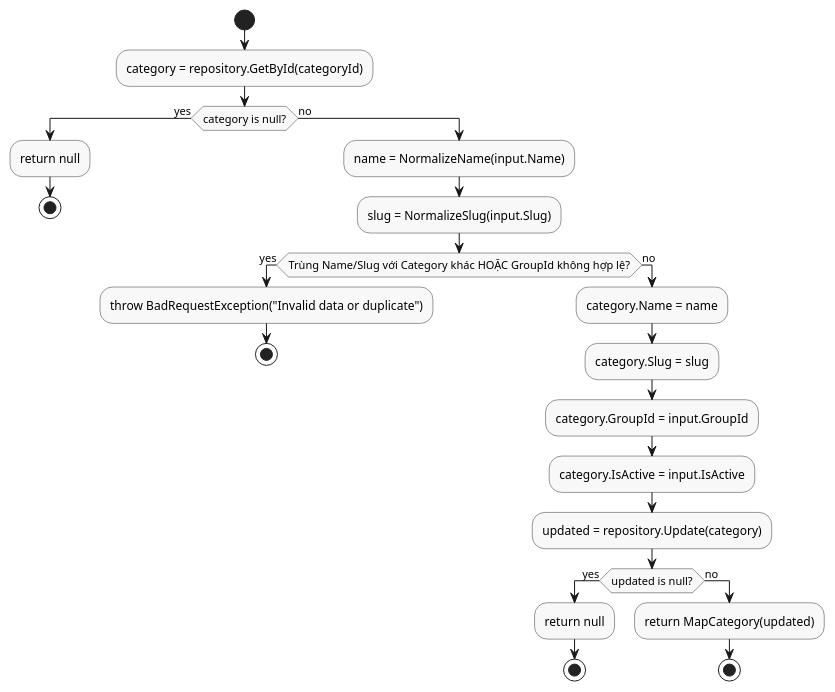
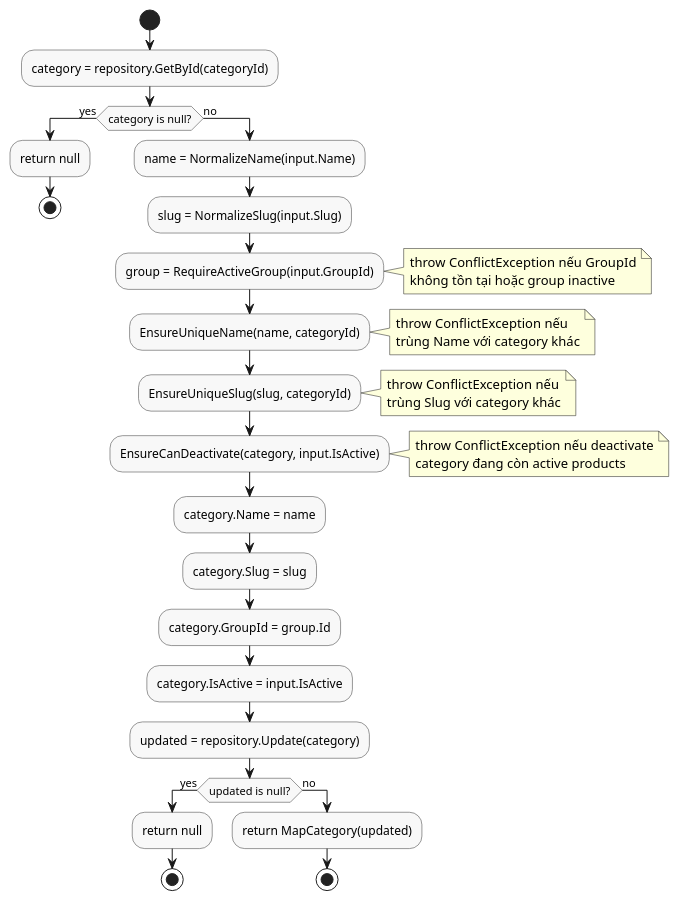
One commit to linhp7448-png/ShopdecorBee changed the diagram in HomeDecorShop/CFG/CategoryService_Update.puml. Above: the diagram before and after it, drawn with PlantUML.

Commit message:
Enhance category update logic with validations
Refactor CategoryService_Update to include validation for GroupId and ensure uniqueness of Name and Slug.

```diff
--- a/HomeDecorShop/CFG/CategoryService_Update.puml
+++ b/HomeDecorShop/CFG/CategoryService_Update.puml
@@ -1,35 +1,40 @@
 @startuml CategoryService_Update
 skinparam activity {
   BackgroundColor #F8F8F8
   BorderColor #333333
 }
-
 start
 :category = repository.GetById(categoryId);
 if (category is null?) then (yes)
   :return null;
   stop
 else (no)
   :name = NormalizeName(input.Name);
   :slug = NormalizeSlug(input.Slug);
-  
-  if (Trùng Name/Slug với Category khác HOẶC GroupId không hợp lệ?) then (yes)
-    :throw BadRequestException("Invalid data or duplicate");
+  :group = RequireActiveGroup(input.GroupId);
+  note right: throw ConflictException nếu GroupId\nkhông tồn tại hoặc group inactive
+
+  :EnsureUniqueName(name, categoryId);
+  note right: throw ConflictException nếu\ntrùng Name với category khác
+
+  :EnsureUniqueSlug(slug, categoryId);
+  note right: throw ConflictException nếu\ntrùng Slug với category khác
+
+  :EnsureCanDeactivate(category, input.IsActive);
+  note right: throw ConflictException nếu deactivate\ncategory đang còn active products
+
+  :category.Name = name;
+  :category.Slug = slug;
+  :category.GroupId = group.Id;
+  :category.IsActive = input.IsActive;
+
+  :updated = repository.Update(category);
+  if (updated is null?) then (yes)
+    :return null;
     stop
   else (no)
-    :category.Name = name;
-    :category.Slug = slug;
-    :category.GroupId = input.GroupId;
-    :category.IsActive = input.IsActive;
-    
-    :updated = repository.Update(category);
-    if (updated is null?) then (yes)
-      :return null;
-      stop
-    else (no)
-      :return MapCategory(updated);
-      stop
-    endif
+    :return MapCategory(updated);
+    stop
   endif
 endif
 @enduml
```
